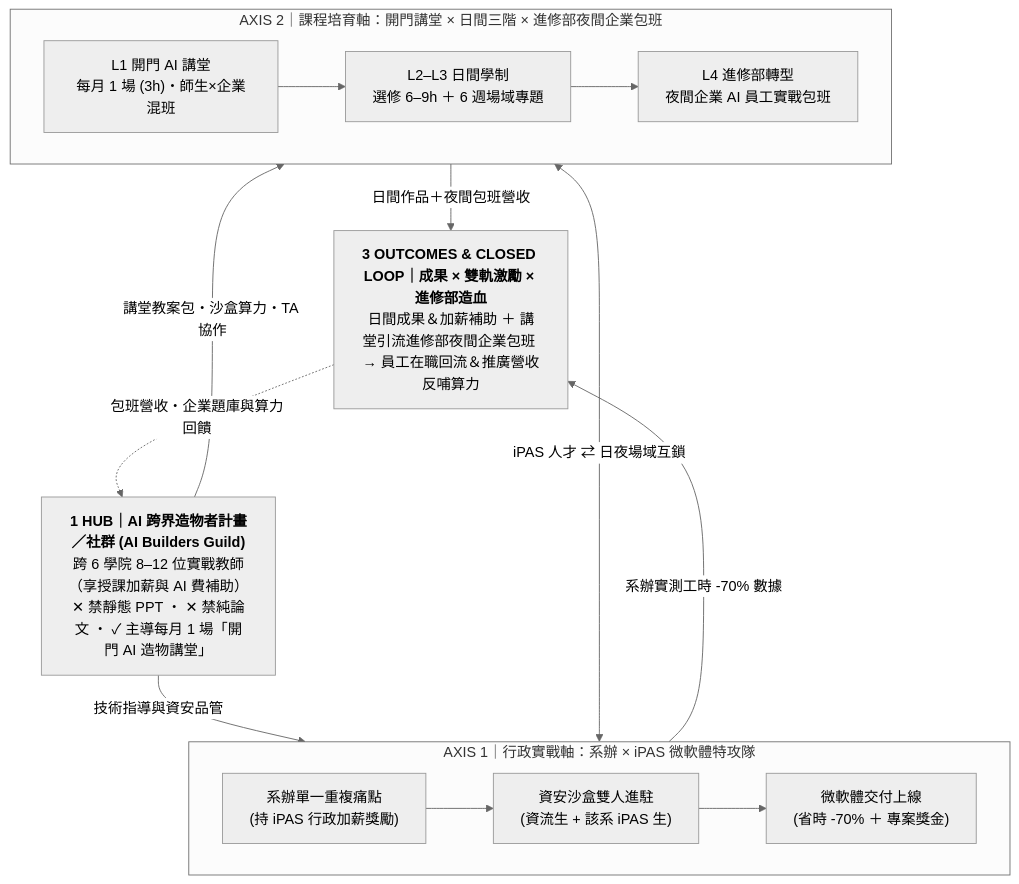
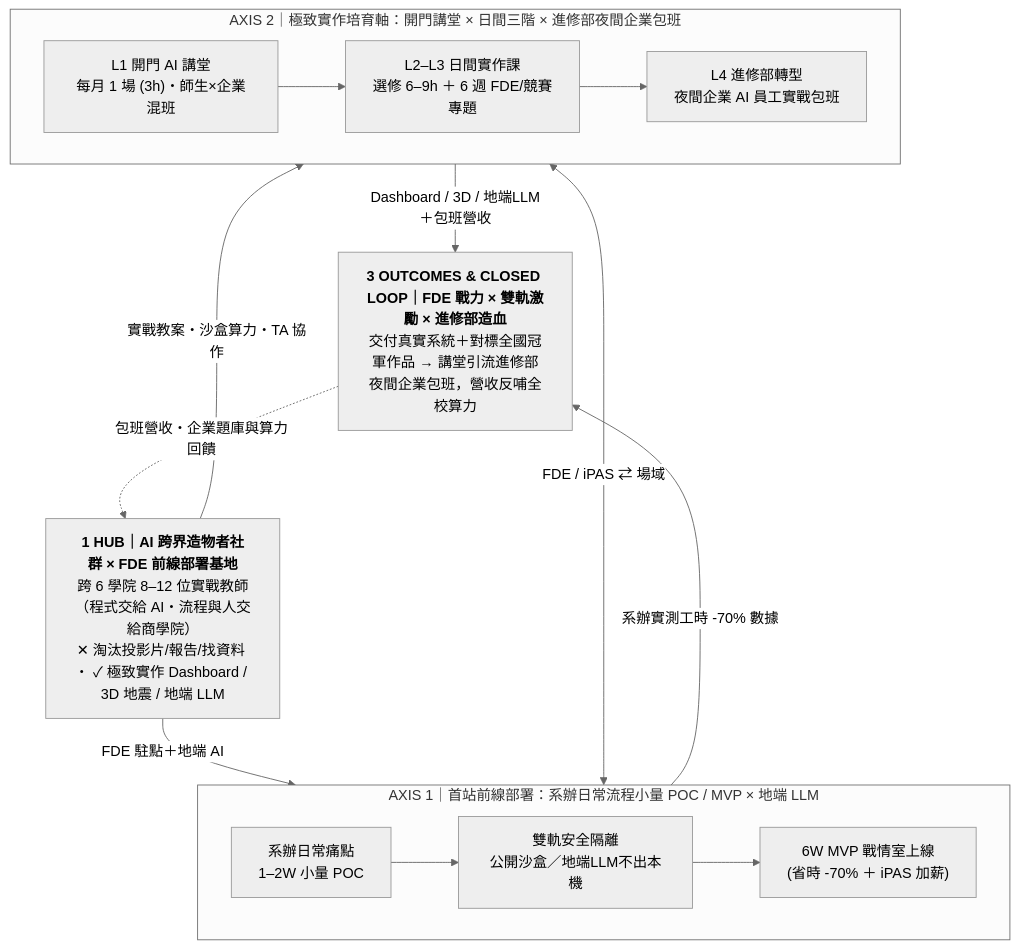
The first of 4 diagrams in README.md (nutcelvischen-jpg/nutc-ai-open-door), drawn with Mermaid (neutral theme) before and after one commit. The commit also changed other lines of this file and 4 other files, not shown here.

Commit message:
feat: add Forward Deployed Engineering strategy, Local LLM, Dept POC/MVP, and live award/repo benchmarks

````diff
--- a/README.md
+++ b/README.md
@@ -16,24 +16,24 @@
 ```mermaid
 flowchart TB
-    HUB["<b>1 HUB｜AI 跨界造物者計畫／社群 (AI Builders Guild)</b><br/>跨 6 學院 8–12 位實戰教師（享授課加薪與 AI 費補助）<br/>✕ 禁靜態 PPT ・ ✕ 禁純論文 ・ ✓ 主導每月 1 場「開門 AI 造物講堂」"]
+    HUB["<b>1 HUB｜AI 跨界造物者社群 × FDE 前線部署基地</b><br/>跨 6 學院 8–12 位實戰教師（程式交給 AI・流程與人交給商學院）<br/>✕ 淘汰投影片/報告/找資料 ・ ✓ 極致實作 Dashboard / 3D 地震 / 地端 LLM"]
 
-    HUB -->|"技術指導與資安品管"| A1
-    HUB -->|"講堂教案包・沙盒算力・TA 協作"| A2
+    HUB -->|"FDE 駐點＋地端 AI"| A1
+    HUB -->|"實戰教案・沙盒算力・TA 協作"| A2
 
-    subgraph A1["AXIS 1｜行政實戰軸：系辦 × iPAS 微軟體特攻隊"]
+    subgraph A1["AXIS 1｜首站前線部署：系辦日常流程小量 POC / MVP × 地端 LLM"]
         direction LR
-        P1["系辦單一重複痛點<br/>(持 iPAS 行政加薪獎勵)"] --> P2["資安沙盒雙人進駐<br/>(資流生 + 該系 iPAS 生)"] --> P3["微軟體交付上線<br/>(省時 -70% ＋ 專案獎金)"]
+        P1["系辦日常痛點<br/>1–2W 小量 POC"] --> P2["雙軌安全隔離<br/>公開沙盒／地端LLM不出本機"] --> P3["6W MVP 戰情室上線<br/>(省時 -70% ＋ iPAS 加薪)"]
     end
 
-    subgraph A2["AXIS 2｜課程培育軸：開門講堂 × 日間三階 × 進修部夜間企業包班"]
+    subgraph A2["AXIS 2｜極致實作培育軸：開門講堂 × 日間三階 × 進修部夜間企業包班"]
         direction LR
-        L1["L1 開門 AI 講堂<br/>每月 1 場 (3h)・師生×企業混班"] --> L2["L2–L3 日間學制<br/>選修 6–9h ＋ 6 週場域專題"] --> L4["L4 進修部轉型<br/>夜間企業 AI 員工實戰包班"]
+        L1["L1 開門 AI 講堂<br/>每月 1 場 (3h)・師生×企業混班"] --> L2["L2–L3 日間實作課<br/>選修 6–9h ＋ 6 週 FDE/競賽專題"] --> L4["L4 進修部轉型<br/>夜間企業 AI 員工實戰包班"]
     end
 
-    A1 <-->|"iPAS 人才 ⇄ 日夜場域互鎖"| A2
+    A1 <-->|"FDE / iPAS ⇄ 場域"| A2
     A1 -->|"系辦實測工時 -70% 數據"| LOOP
-    A2 -->|"日間作品＋夜間包班營收"| LOOP
+    A2 -->|"Dashboard / 3D / 地端LLM＋包班營收"| LOOP
 
-    LOOP["<b>3 OUTCOMES & CLOSED LOOP｜成果 × 雙軌激勵 × 進修部造血</b><br/>日間成果＆加薪補助 ＋ 講堂引流進修部夜間企業包班 → 員工在職回流＆推廣營收反哺算力"]
+    LOOP["<b>3 OUTCOMES & CLOSED LOOP｜FDE 戰力 × 雙軌激勵 × 進修部造血</b><br/>交付真實系統＋對標全國冠軍作品 → 講堂引流進修部夜間企業包班，營收反哺全校算力"]
     LOOP -.->|"包班營收・企業題庫與算力回饋"| HUB
 ```
````
